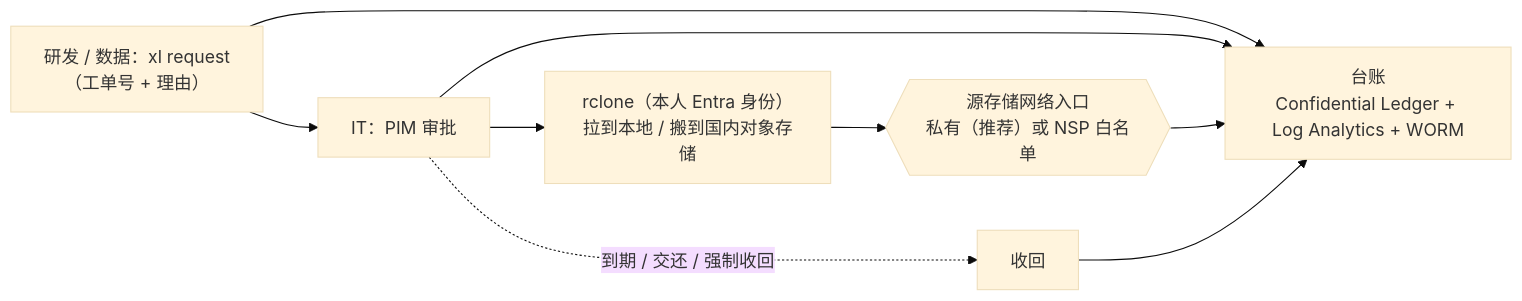
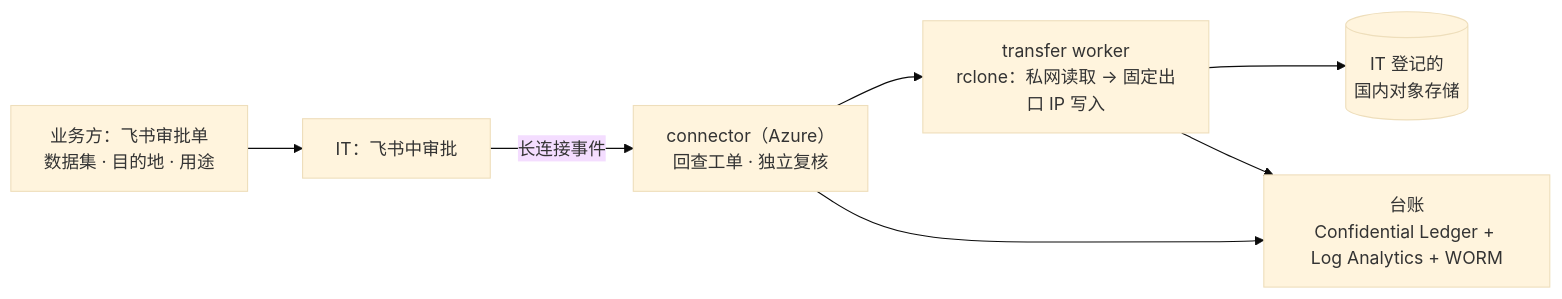
One commit to wukong121/cross-ledger changed the diagram in README.md. Above: the diagram before and after it, drawn with Mermaid (base theme). The commit also changed other lines of this file and 152 other files, not shown here.

````diff
--- a/README.md
+++ b/README.md
@@ -22,8 +24,8 @@
 ```mermaid
 flowchart LR
-  A["研发 / 数据：xl request<br/>（工单号 + 理由）"] --> B["IT：PIM 审批"]
-  B --> C["rclone（本人 Entra 身份）<br/>拉到本地 / 搬到国内对象存储"]
-  C --> N{{"源存储网络入口<br/>私有（推荐）或 NSP 白名单"}}
-  B -. 到期 / 交还 / 强制收回 .-> F["收回"]
-  A & B & N & F --> L["台账<br/>Confidential Ledger + Log Analytics + WORM"]
+  A["业务方：飞书审批单<br/>数据集 · 目的地 · 用途"] --> B["IT：飞书中审批"]
+  B -- "长连接事件" --> C["connector（Azure）<br/>回查工单 · 独立复核"]
+  C --> W["transfer worker<br/>rclone：私网读取 → 固定出口 IP 写入"]
+  W --> D[("IT 登记的<br/>国内对象存储")]
+  C & W --> L["台账<br/>Confidential Ledger + Log Analytics + WORM"]
 ```
````
